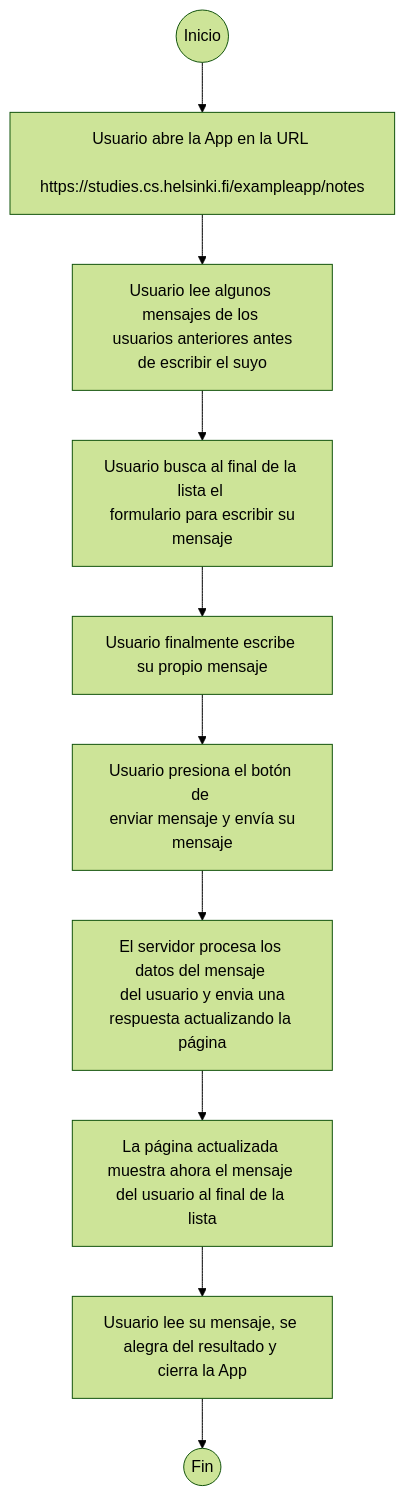
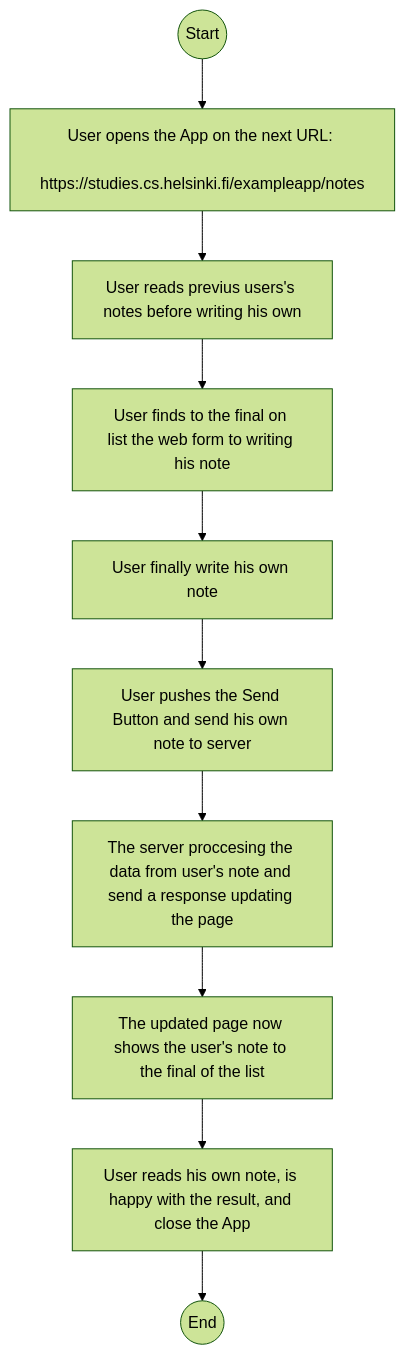
Before and after one commit to domingouribe/fullstack-open: the diagram in part_0/mermaid-sintax-diagrams/user_create_new_note.md, drawn with Mermaid (forest theme).

Commit message:
I changed the language in my .md file for the diagram

````diff
--- a/part_0/mermaid-sintax-diagrams/user_create_new_note.md
+++ b/part_0/mermaid-sintax-diagrams/user_create_new_note.md
@@ -7,15 +7,15 @@
 ```mermaid
 
 flowchart TD
-A((Inicio))-->
-B[Usuario abre la App en la URL \n https://studies.cs.helsinki.fi/exampleapp/notes] -->
-C[Usuario lee algunos mensajes de los \n usuarios anteriores antes de escribir el suyo]-->
-D[Usuario busca al final de la lista el \n formulario para escribir su mensaje] -->
-E[Usuario finalmente escribe su propio mensaje] -->
-F[Usuario presiona el botón de \n enviar mensaje y envía su mensaje]-->
-G[El servidor procesa los datos del mensaje \n del usuario y envia una respuesta actualizando la página]-->
-H[La página actualizada muestra ahora el mensaje del usuario al final de la lista]-->
-I[Usuario lee su mensaje, se alegra del resultado y cierra la App]-->
-J((Fin))
+A((Start))-->
+B[User opens the App on the next URL: \n https://studies.cs.helsinki.fi/exampleapp/notes] -->
+C[User reads previus users's notes before writing his own]-->
+D[User finds to the final on list the web form to writing his note] -->
+E[User finally write his own note] -->
+F[User pushes the Send Button and send his own note to server]-->
+G[The server proccesing the data from user's note and send a response updating the page]-->
+H[The updated page now shows the user's note to the final of the list]-->
+I[User reads his own note, is happy with the result, and close the App]-->
+J((End))
 
 ```
````
